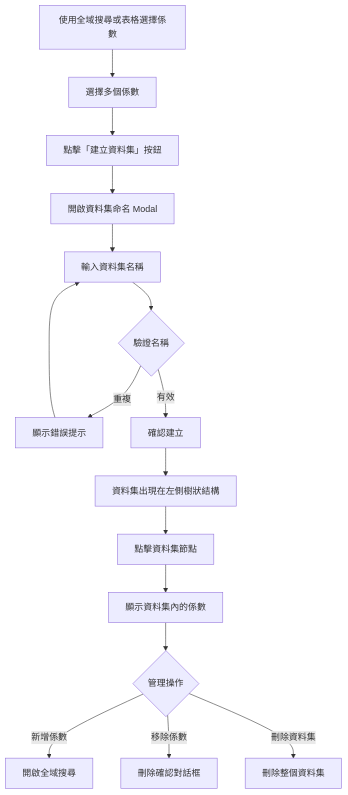
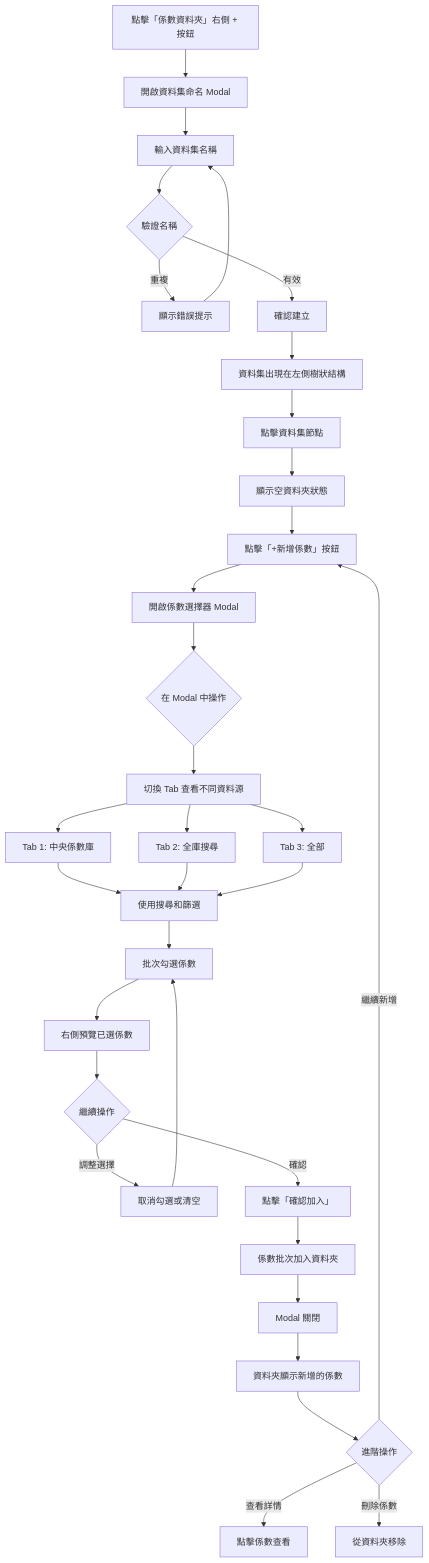
One commit to FangYuLo/l3-poc changed the fourth of 8 diagrams in Documents/EmissionFactorProduct/USER_FLOWS.md. Above: the diagram before and after it, drawn with Mermaid. The commit also changed other lines of this file, not shown here.

````diff
--- a/Documents/EmissionFactorProduct/USER_FLOWS.md
+++ b/Documents/EmissionFactorProduct/USER_FLOWS.md
@@ -187,18 +187,35 @@
 ```mermaid
 graph TD
-    A[使用全域搜尋或表格選擇係數] --> B[選擇多個係數]
-    B --> C[點擊「建立資料集」按鈕]
-    C --> D[開啟資料集命名 Modal]
-    D --> E[輸入資料集名稱]
-    E --> F{驗證名稱}
-    F -->|重複| G[顯示錯誤提示]
-    F -->|有效| H[確認建立]
-    G --> E
-    H --> I[資料集出現在左側樹狀結構]
-    I --> J[點擊資料集節點]
-    J --> K[顯示資料集內的係數]
-    K --> L{管理操作}
-    L -->|新增係數| M[開啟全域搜尋]
-    L -->|移除係數| N[刪除確認對話框]
-    L -->|刪除資料集| O[刪除整個資料集]
+    A[點擊「係數資料夾」右側 + 按鈕] --> B[開啟資料集命名 Modal]
+    B --> C[輸入資料集名稱]
+    C --> D{驗證名稱}
+    D -->|重複| E[顯示錯誤提示]
+    D -->|有效| F[確認建立]
+    E --> C
+    F --> G[資料集出現在左側樹狀結構]
+    G --> H[點擊資料集節點]
+    H --> I[顯示空資料夾狀態]
+    I --> J[點擊「+新增係數」按鈕]
+    J --> K[開啟係數選擇器 Modal]
+    K --> L{在 Modal 中操作}
+    L --> M[切換 Tab 查看不同資料源]
+    M --> N[Tab 1: 中央係數庫]
+    M --> O[Tab 2: 全庫搜尋]
+    M --> P[Tab 3: 全部]
+    N --> Q[使用搜尋和篩選]
+    O --> Q
+    P --> Q
+    Q --> R[批次勾選係數]
+    R --> S[右側預覽已選係數]
+    S --> T{繼續操作}
+    T -->|調整選擇| U[取消勾選或清空]
+    T -->|確認| V[點擊「確認加入」]
+    U --> R
+    V --> W[係數批次加入資料夾]
+    W --> X[Modal 關閉]
+    X --> Y[資料夾顯示新增的係數]
+    Y --> Z{進階操作}
+    Z -->|繼續新增| J
+    Z -->|查看詳情| AA[點擊係數查看]
+    Z -->|刪除係數| AB[從資料夾移除]
 ```
````
